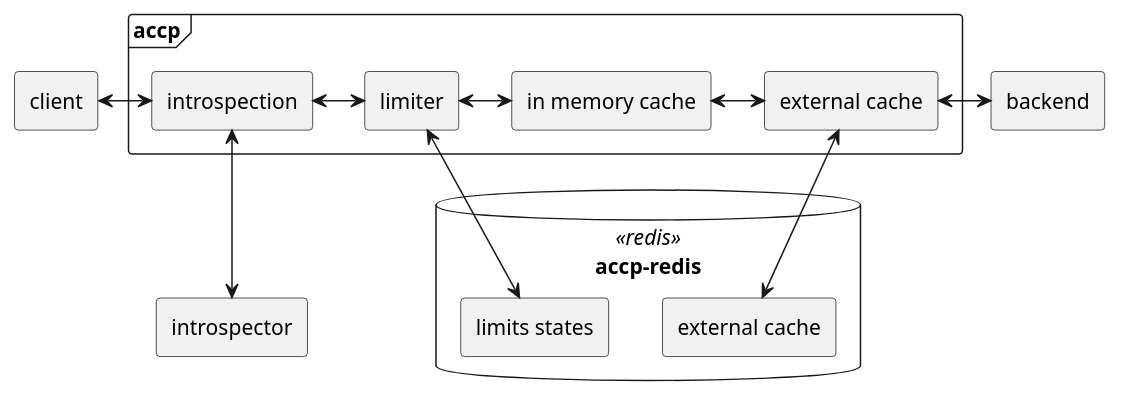
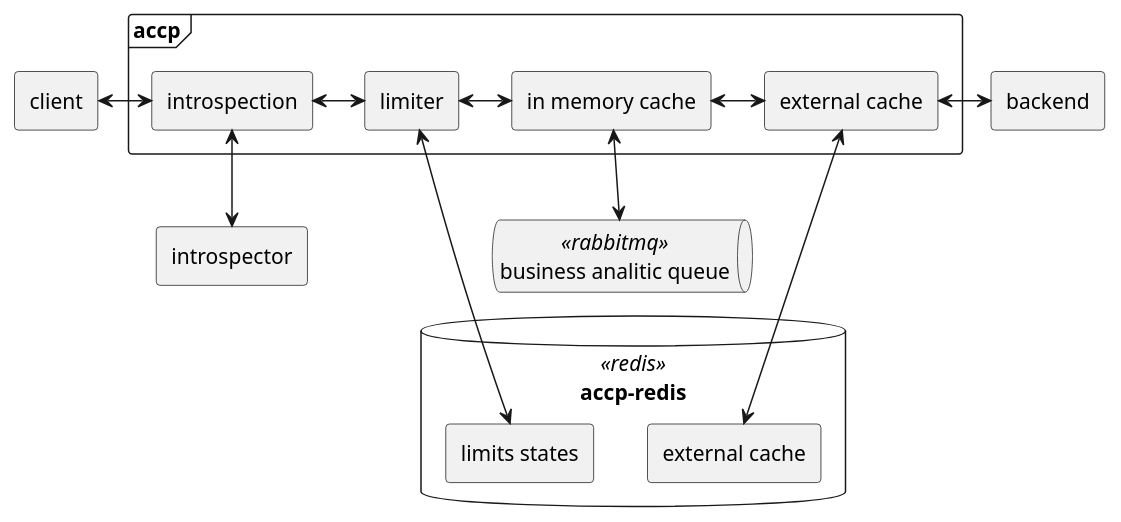
Before and after one commit to soldatov-s/accp: the diagram in doc/accp.puml, drawn with PlantUML. The commit also changed 1 other file, not shown here.

```diff
--- a/doc/accp.puml
+++ b/doc/accp.puml
@@ -1,27 +1,29 @@
 @startuml accp
 rectangle "client" as client
 rectangle "introspector" as introspector
 rectangle "backend" as backend
+queue "business analitic queue" <<rabbitmq>> as rabbitmq
 
 database "accp-redis" <<redis>> as redis {
     rectangle "external cache" as external_cache
     rectangle "limits states" as limits_states
 }
 
 frame accp {
     rectangle "introspection" as introspector_interface
     rectangle "limiter" as limiter
     rectangle "in memory cache" as inmemory_cache
     rectangle "external cache" as external_cache_interface
 }
 
 introspector_interface <-down-> introspector
 external_cache_interface <-down-> external_cache
 
-client <-> introspector_interface
+client <-right-> introspector_interface
 introspector_interface <-> limiter
 limiter <-> inmemory_cache
-limiter <-down-> limits_states
+limiter <-down--> limits_states
 inmemory_cache <-> external_cache_interface
+inmemory_cache <-down-> rabbitmq
 external_cache_interface <-> backend
 @enduml
```
